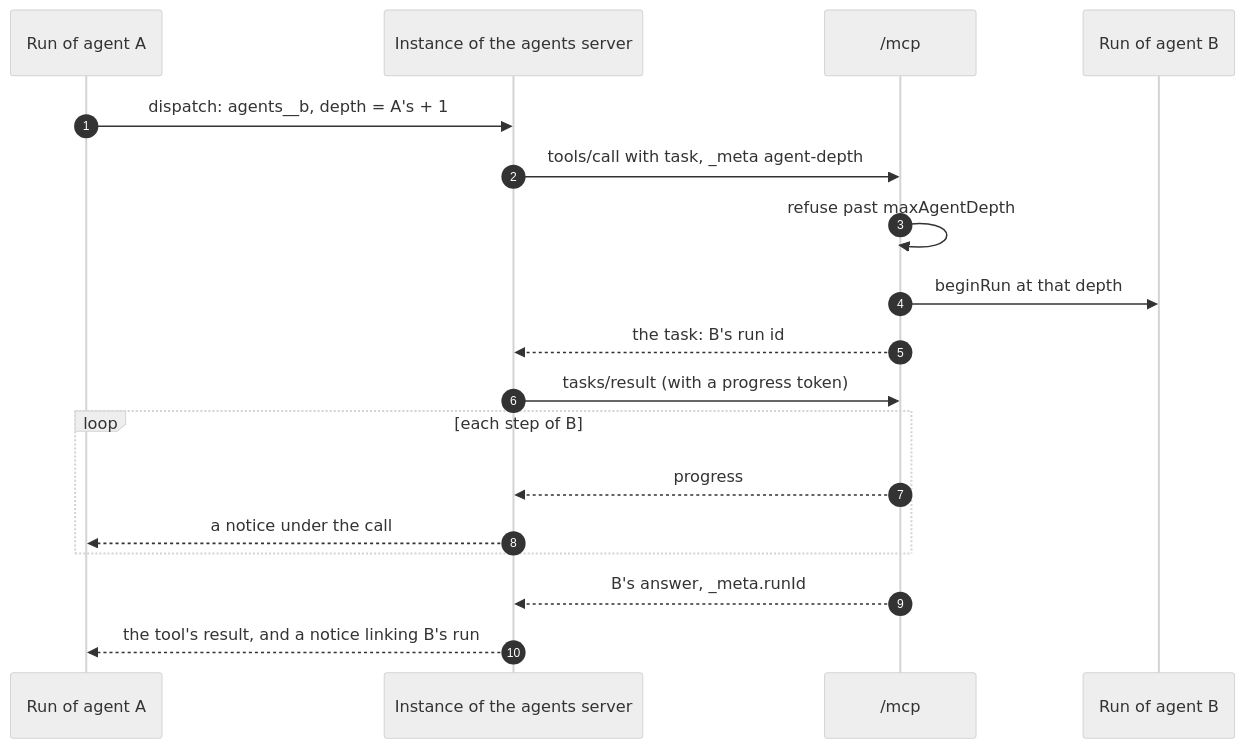
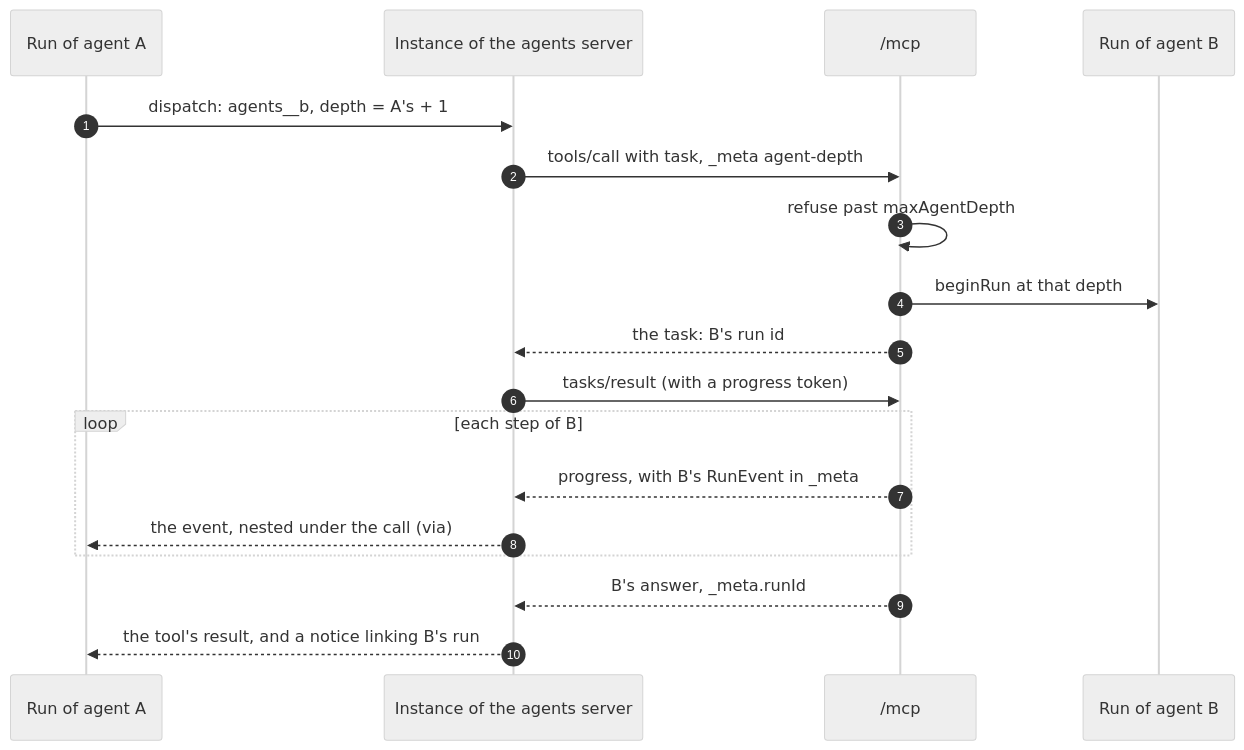
One commit to cubicecho/ai-router changed diagram 11 of 14 in HOW-IT-WORKS.md. Above: the diagram before and after it, drawn with Mermaid (neutral theme). The commit also changed other lines of this file and 19 other files, not shown here.

First line of the commit message:
feat(agents): file a called agent's events under the call that ran it

````diff
--- a/HOW-IT-WORKS.md
+++ b/HOW-IT-WORKS.md
@@ -506,21 +506,21 @@
 ```mermaid
 sequenceDiagram
   autonumber
   participant A as Run of agent A
   participant Inst as Instance of the agents server
   participant Door as /mcp
   participant B as Run of agent B
 
   A->>Inst: dispatch: agents__b, depth = A's + 1
   Inst->>Door: tools/call with task, _meta agent-depth
   Door->>Door: refuse past maxAgentDepth
   Door->>B: beginRun at that depth
   Door-->>Inst: the task: B's run id
   Inst->>Door: tasks/result (with a progress token)
   loop each step of B
-    Door-->>Inst: progress
-    Inst-->>A: a notice under the call
+    Door-->>Inst: progress, with B's RunEvent in _meta
+    Inst-->>A: the event, nested under the call (via)
   end
   Door-->>Inst: B's answer, _meta.runId
   Inst-->>A: the tool's result, and a notice linking B's run
 ```
````
